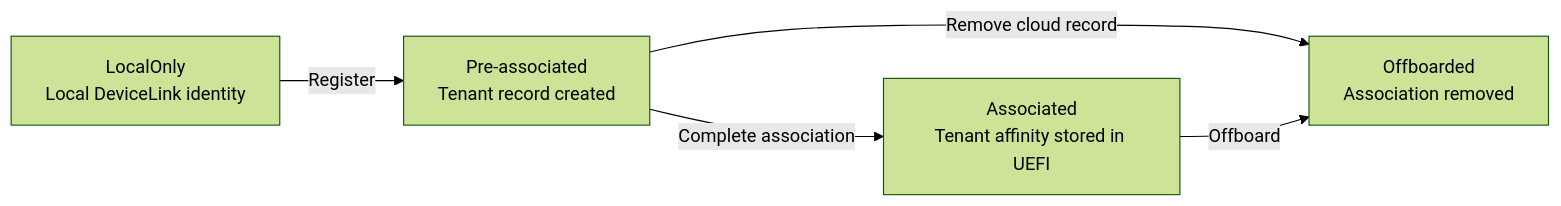
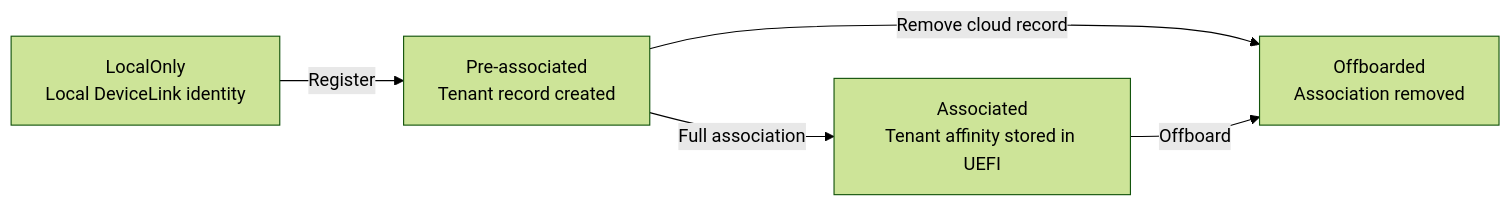
One commit to roryvossepoel/WindowsDeviceLink-Public changed the diagram in README.md. Above: the diagram before and after it, drawn with Mermaid (forest theme). The commit also changed other lines of this file, not shown here.

Commit message:
docs: standardize Full association terminology in README

````diff
--- a/README.md
+++ b/README.md
@@ -75,12 +75,12 @@
 ```mermaid
 flowchart LR
     A["LocalOnly<br/>Local DeviceLink identity"]
     B["Pre-associated<br/>Tenant record created"]
     C["Associated<br/>Tenant affinity stored in UEFI"]
     D["Offboarded<br/>Association removed"]
 
     A -->|"Register"| B
-    B -->|"Complete association"| C
+    B -->|"Full association"| C
     B -->|"Remove cloud record"| D
     C -->|"Offboard"| D
 ```
````
